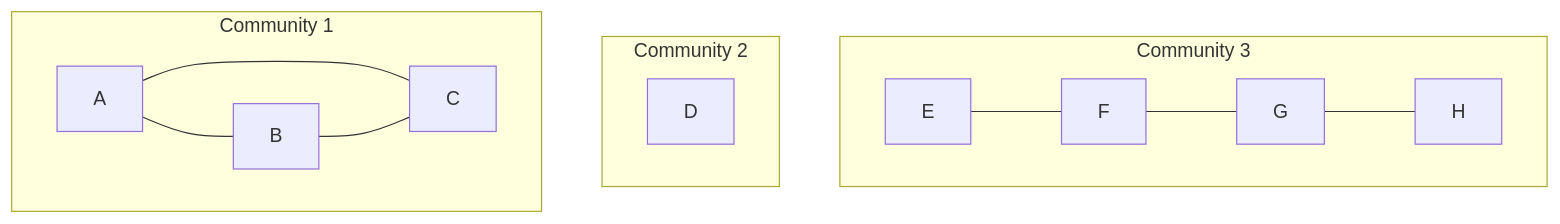
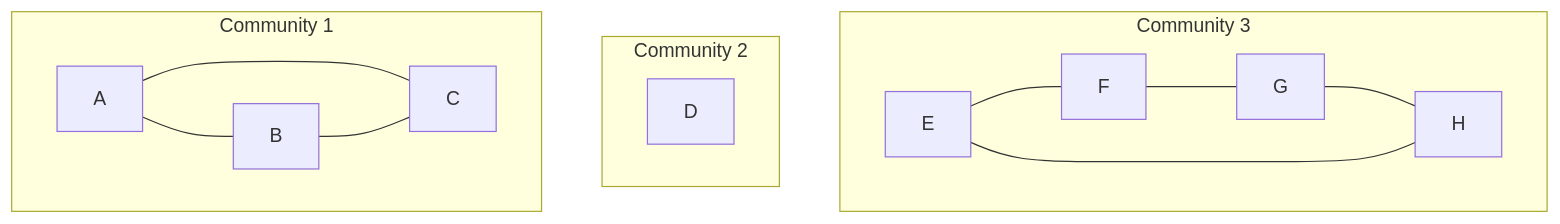
Before and after one commit to hmdsefi/gograph: the fifth of 5 diagrams in partition/girvan-newman.md, drawn with Mermaid. The commit also changed other lines of this file, not shown here.

````diff
--- a/partition/girvan-newman.md
+++ b/partition/girvan-newman.md
@@ -230,16 +223,17 @@
 ```mermaid
 flowchart TB
     subgraph c3["Community 3"]
         E --- F
         F --- G
         G --- H
+        E --- H
     end
     subgraph c2["Community 2"]
         D
     end
     subgraph c1["Community 1"]
         A --- B
         A --- C
         B --- C
     end
 ```
````
